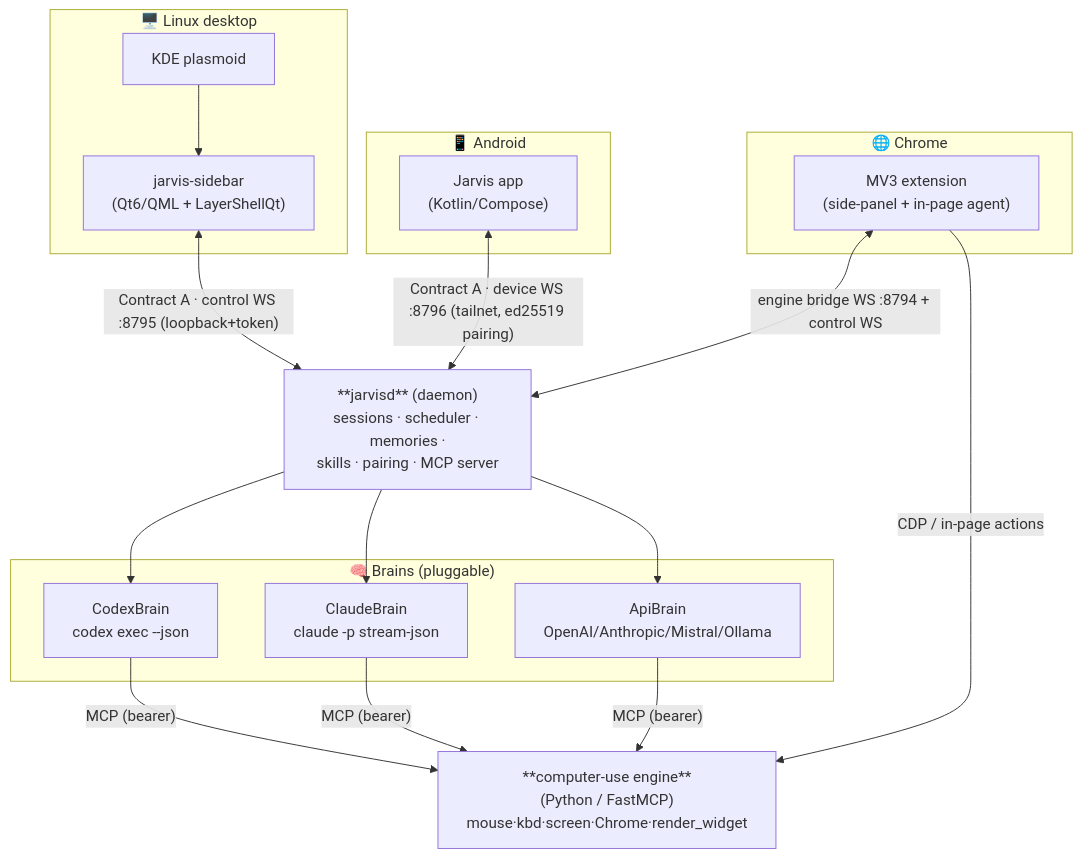
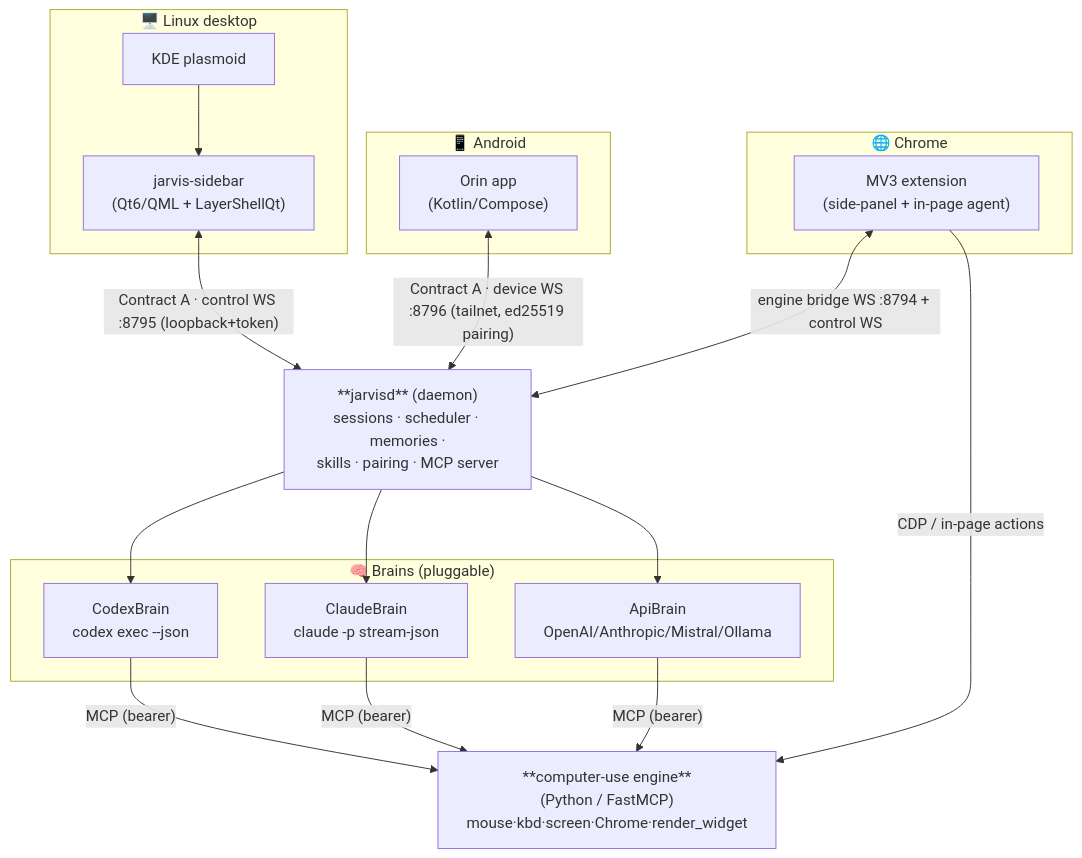
Before and after one commit to CrazyMan28/cindro: the diagram in README.md, drawn with Mermaid. The commit also changed other lines of this file and 167 other files, not shown here.

````diff
--- a/README.md
+++ b/README.md
@@ -80,31 +80,31 @@
 ```mermaid
 flowchart TD
     subgraph Desktop["🖥️  Linux desktop"]
         SB["jarvis-sidebar<br/>(Qt6/QML + LayerShellQt)"]
         KDE["KDE plasmoid"]
     end
     subgraph Phone["📱  Android"]
-        APP["Jarvis app<br/>(Kotlin/Compose)"]
+        APP["Orin app<br/>(Kotlin/Compose)"]
     end
     subgraph Chrome["🌐  Chrome"]
         EXT["MV3 extension<br/>(side-panel + in-page agent)"]
     end
 
     DJ["**jarvisd** (daemon)<br/>sessions · scheduler · memories ·<br/>skills · pairing · MCP server"]
 
     subgraph Brains["🧠  Brains (pluggable)"]
         CX["CodexBrain<br/>codex exec --json"]
         CL["ClaudeBrain<br/>claude -p stream-json"]
         API["ApiBrain<br/>OpenAI/Anthropic/Mistral/Ollama"]
     end
 
     ENG["**computer-use engine**<br/>(Python / FastMCP)<br/>mouse·kbd·screen·Chrome·render_widget"]
 
     SB    <-->|"Contract A · control WS :8795 (loopback+token)"| DJ
     KDE   --> SB
     APP   <-->|"Contract A · device WS :8796 (tailnet, ed25519 pairing)"| DJ
     EXT   <-->|"engine bridge WS :8794 + control WS"| DJ
     DJ    --> CX & CL & API
     CX & CL & API -->|"MCP (bearer)"| ENG
     EXT   -->|"CDP / in-page actions"| ENG
 ```
````
